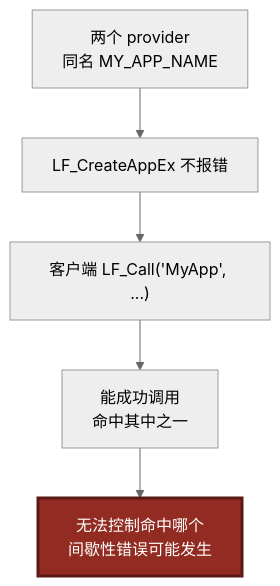
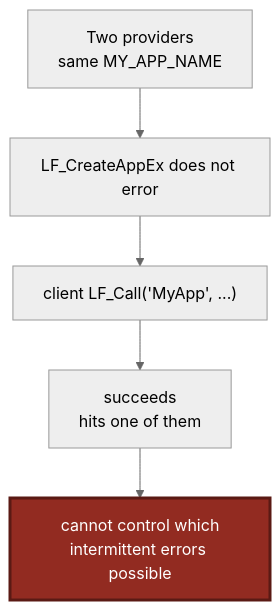
One commit to PassByYou888/LingoFuse-Tools changed diagram 11 of 13 in src/pascal_c_to_mcp/MCP_API_Contract.md. Above: the diagram before and after it, drawn with Mermaid (neutral theme). The commit also changed other lines of this file, not shown here.

````diff
--- a/src/pascal_c_to_mcp/MCP_API_Contract.md
+++ b/src/pascal_c_to_mcp/MCP_API_Contract.md
@@ -1168,9 +1168,9 @@
 ```mermaid
 flowchart TD
-    A["两个 provider<br/>同名 MY_APP_NAME"] --> B["LF_CreateAppEx 不报错"]
-    B --> C["客户端 LF_Call('MyApp', ...)"]
-    C --> D["能成功调用<br/>命中其中之一"]
-    D --> E["无法控制命中哪个<br/>间歇性错误可能发生"]
+    A["Two providers<br/>same MY_APP_NAME"] --> B["LF_CreateAppEx does not error"]
+    B --> C["client LF_Call('MyApp', ...)"]
+    C --> D["succeeds<br/>hits one of them"]
+    D --> E["cannot control which<br/>intermittent errors possible"]
 
     style E fill:#922B21,stroke:#5A1A14,stroke-width:3px,color:#FFFFFF
 ```
````
